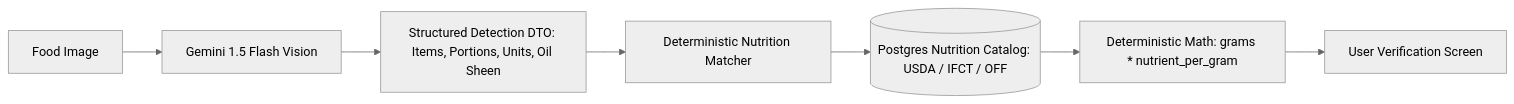
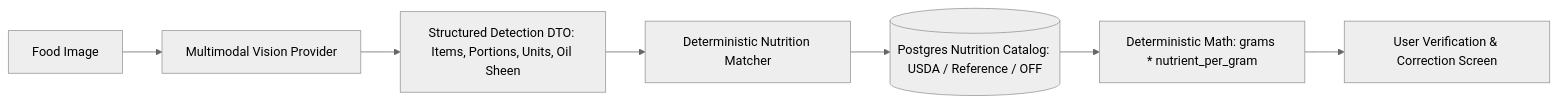
Before and after one commit to badal484/CAL-METER: the first of 2 diagrams in docs/AI_PIPELINE.md, drawn with Mermaid (neutral theme). The commit also changed other lines of this file and 88 other files, not shown here.

````diff
--- a/docs/AI_PIPELINE.md
+++ b/docs/AI_PIPELINE.md
@@ -19,9 +21,9 @@
 ```mermaid
 graph LR
-    Image[Food Image] --> Vision[Gemini 1.5 Flash Vision]
+    Image[Food Image] --> Vision[Multimodal Vision Provider]
     Vision --> Output[Structured Detection DTO: Items, Portions, Units, Oil Sheen]
     Output --> Matcher[Deterministic Nutrition Matcher]
-    Matcher --> Catalog[(Postgres Nutrition Catalog: USDA / IFCT / OFF)]
+    Matcher --> Catalog[(Postgres Nutrition Catalog: USDA / Reference / OFF)]
     Catalog --> Calculation[Deterministic Math: grams * nutrient_per_gram]
-    Calculation --> Review[User Verification Screen]
+    Calculation --> Review[User Verification & Correction Screen]
 ```
````
